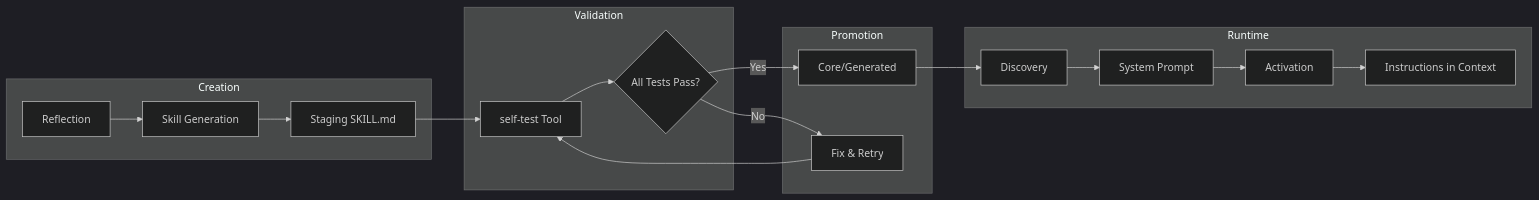
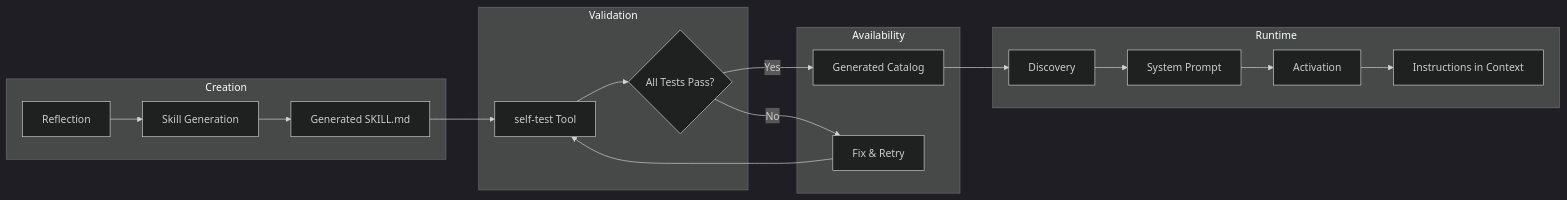
The diagram in docs/skill-testing-plan.md (secondorderai/ouroboros), drawn with Mermaid (dark theme) before and after one commit. The commit also changed other lines of this file and 24 other files, not shown here.

````diff
--- a/docs/skill-testing-plan.md
+++ b/docs/skill-testing-plan.md
@@ -11,22 +11,22 @@
 ```mermaid
 graph LR
   subgraph Creation
     A[Reflection] --> B[Skill Generation]
-    B --> C[Staging SKILL.md]
+    B --> C[Generated SKILL.md]
   end
   subgraph Validation
     C --> D[self-test Tool]
     D --> E{All Tests Pass?}
   end
-  subgraph Promotion
-    E -->|Yes| F[Core/Generated]
+  subgraph Availability
+    E -->|Yes| F[Generated Catalog]
     E -->|No| G[Fix & Retry]
     G --> D
   end
   subgraph Runtime
     F --> H[Discovery]
     H --> I[System Prompt]
     I --> J[Activation]
     J --> K[Instructions in Context]
   end
 ```
````
